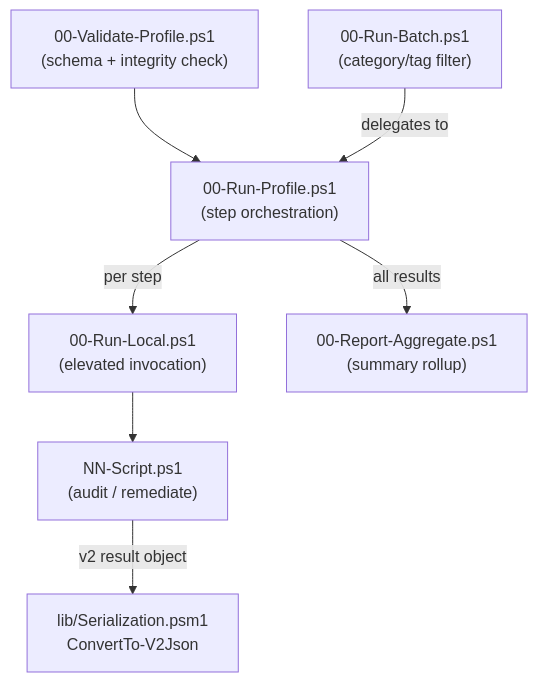
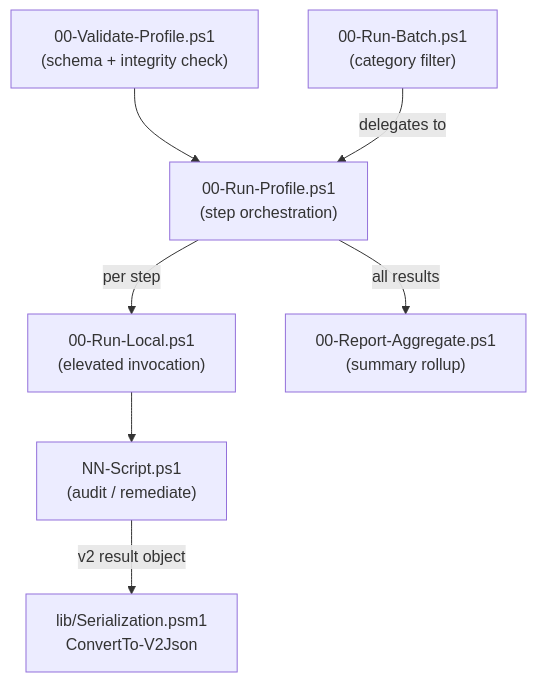
One commit to sebastianspicker/baseline-ops changed the diagram in README.md. Above: the diagram before and after it, drawn with Mermaid. The commit also changed other lines of this file and 24 other files, not shown here.

````diff
--- a/README.md
+++ b/README.md
@@ -125,9 +143,9 @@
 ```mermaid
 flowchart TD
     A["00-Validate-Profile.ps1\n(schema + integrity check)"] --> B["00-Run-Profile.ps1\n(step orchestration)"]
     B -->|"per step"| C["00-Run-Local.ps1\n(elevated invocation)"]
     C --> D["NN-Script.ps1\n(audit / remediate)"]
     D -->|"v2 result object"| E["lib/Serialization.psm1\nConvertTo-V2Json"]
     B -->|"all results"| F["00-Report-Aggregate.ps1\n(summary rollup)"]
-    B2["00-Run-Batch.ps1\n(category/tag filter)"] -->|"delegates to"| B
+    B2["00-Run-Batch.ps1\n(category filter)"] -->|"delegates to"| B
 ```
````
